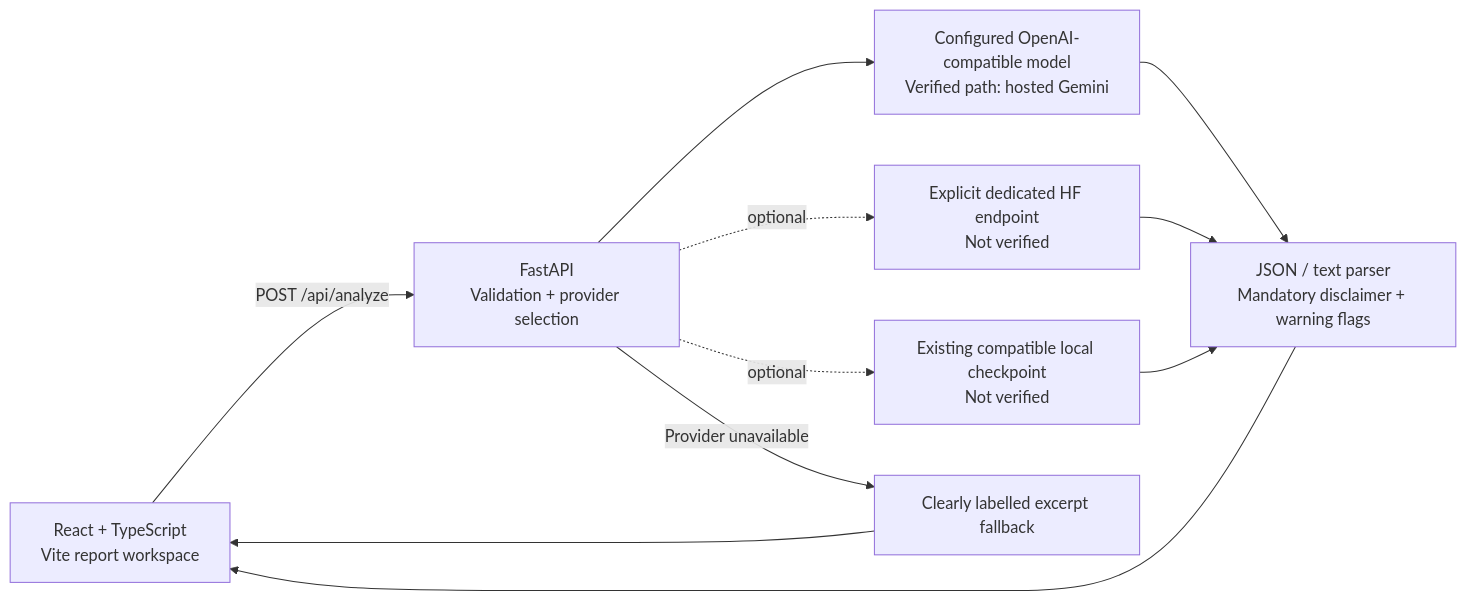
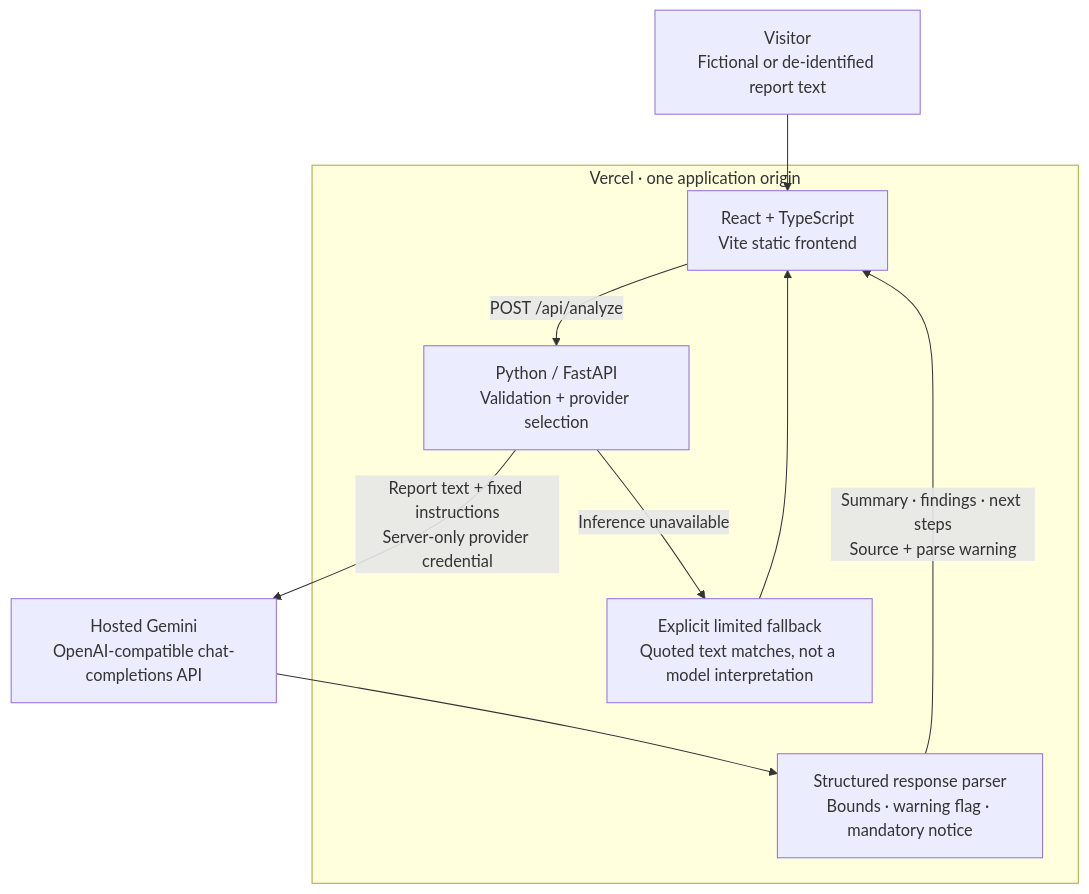
Before and after one commit to cura4you/MedExplain_AI: the diagram in README.md, drawn with Mermaid. The commit also changed other lines of this file and 5 other files, not shown here.

Commit message:
Redefine MedExplain README with exact product gallery and production architecture

````diff
--- a/README.md
+++ b/README.md
@@ -42,13 +90,18 @@
 ```mermaid
-flowchart LR
-    UI["React + TypeScript\nVite report workspace"] -->|"POST /api/analyze"| API["FastAPI\nValidation + provider selection"]
-    API --> Hosted["Configured OpenAI-compatible model\nVerified path: hosted Gemini"]
-    API -. optional .-> HF["Explicit dedicated HF endpoint\nNot verified"]
-    API -. optional .-> Local["Existing compatible local checkpoint\nNot verified"]
-    Hosted --> Parse["JSON / text parser\nMandatory disclaimer + warning flags"]
-    HF --> Parse
-    Local --> Parse
-    API -->|"Provider unavailable"| Fallback["Clearly labelled excerpt fallback"]
-    Parse --> UI
-    Fallback --> UI
+flowchart TB
+    visitor["Visitor\nFictional or de-identified report text"]
+    subgraph vercel["Vercel · one application origin"]
+        web["React + TypeScript\nVite static frontend"]
+        api["Python / FastAPI\nValidation + provider selection"]
+        parse["Structured response parser\nBounds · warning flag · mandatory notice"]
+        fallback["Explicit limited fallback\nQuoted text matches, not a model interpretation"]
+    end
+    model["Hosted Gemini\nOpenAI-compatible chat-completions API"]
+    visitor --> web
+    web -->|"POST /api/analyze"| api
+    api -->|"Report text + fixed instructions\nServer-only provider credential"| model
+    model --> parse
+    api -->|"Inference unavailable"| fallback
+    parse -->|"Summary · findings · next steps\nSource + parse warning"| web
+    fallback --> web
 ```
````
